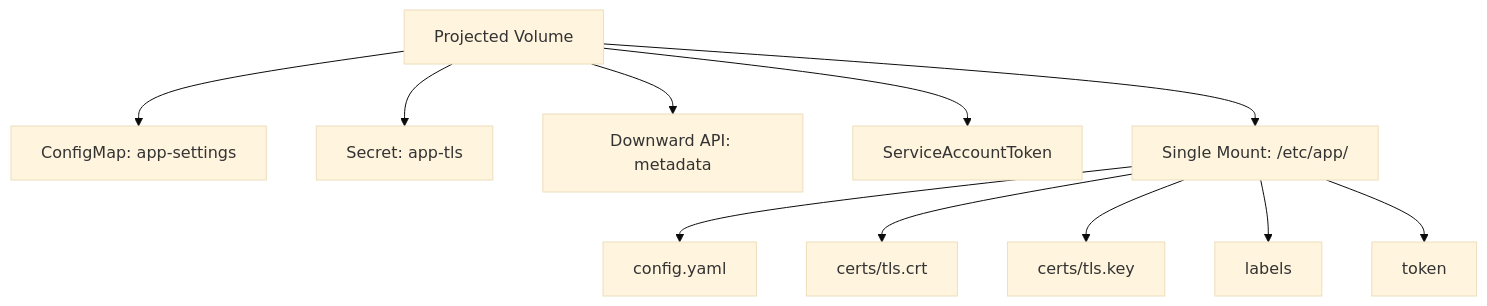
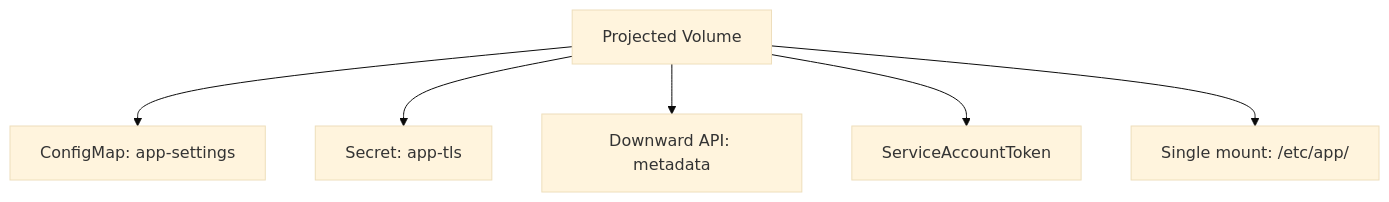
One commit to greg4fun/kubernetesrecipes.github.io changed the diagram in src/content/recipes/kubernetes-projected-volumes.md. Above: the diagram before and after it, drawn with Mermaid (base theme). The commit also changed other lines of this file and 403 other files, not shown here.

````diff
--- a/src/content/recipes/kubernetes-projected-volumes.md
+++ b/src/content/recipes/kubernetes-projected-volumes.md
@@ -117,13 +149,8 @@
 ```mermaid
 graph TD
     PV[Projected Volume] --> CM[ConfigMap: app-settings]
     PV --> S[Secret: app-tls]
     PV --> DA[Downward API: metadata]
     PV --> SA[ServiceAccountToken]
-    PV --> M[Single Mount: /etc/app/]
-    M --> F1[config.yaml]
-    M --> F2[certs/tls.crt]
-    M --> F3[certs/tls.key]
-    M --> F4[labels]
-    M --> F5[token]
+    PV --> M[Single mount: /etc/app/]
 ```
````
